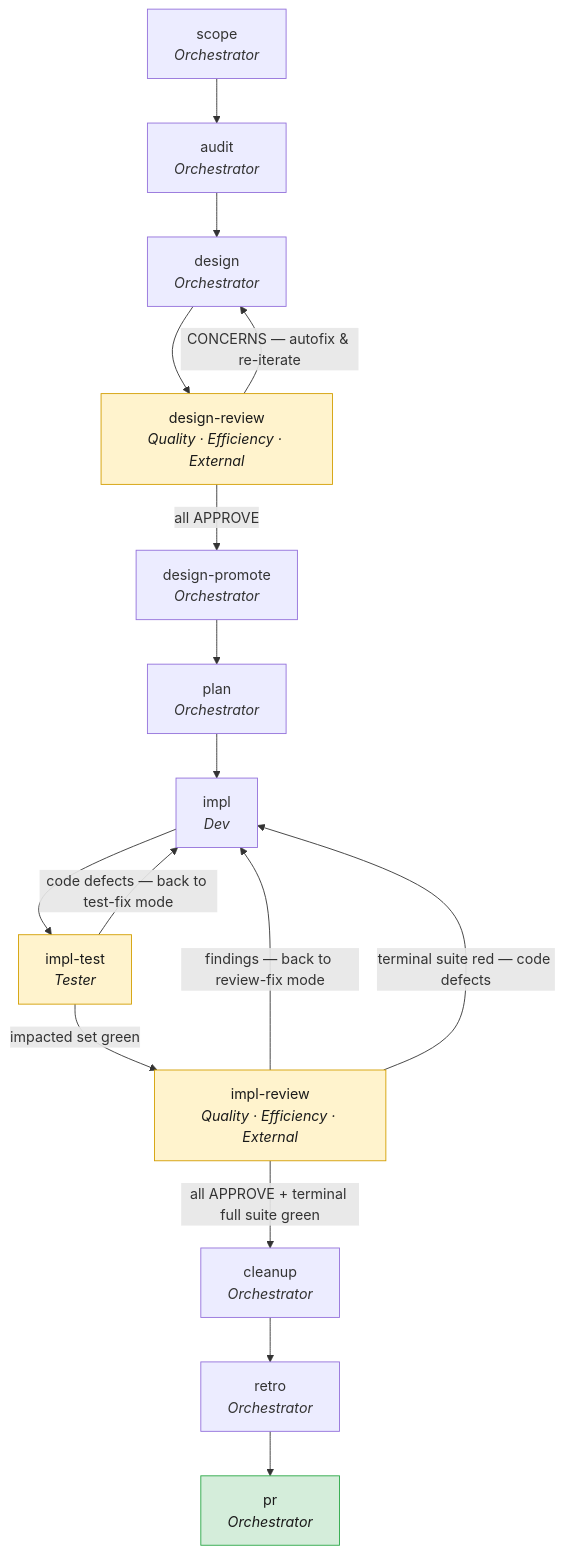
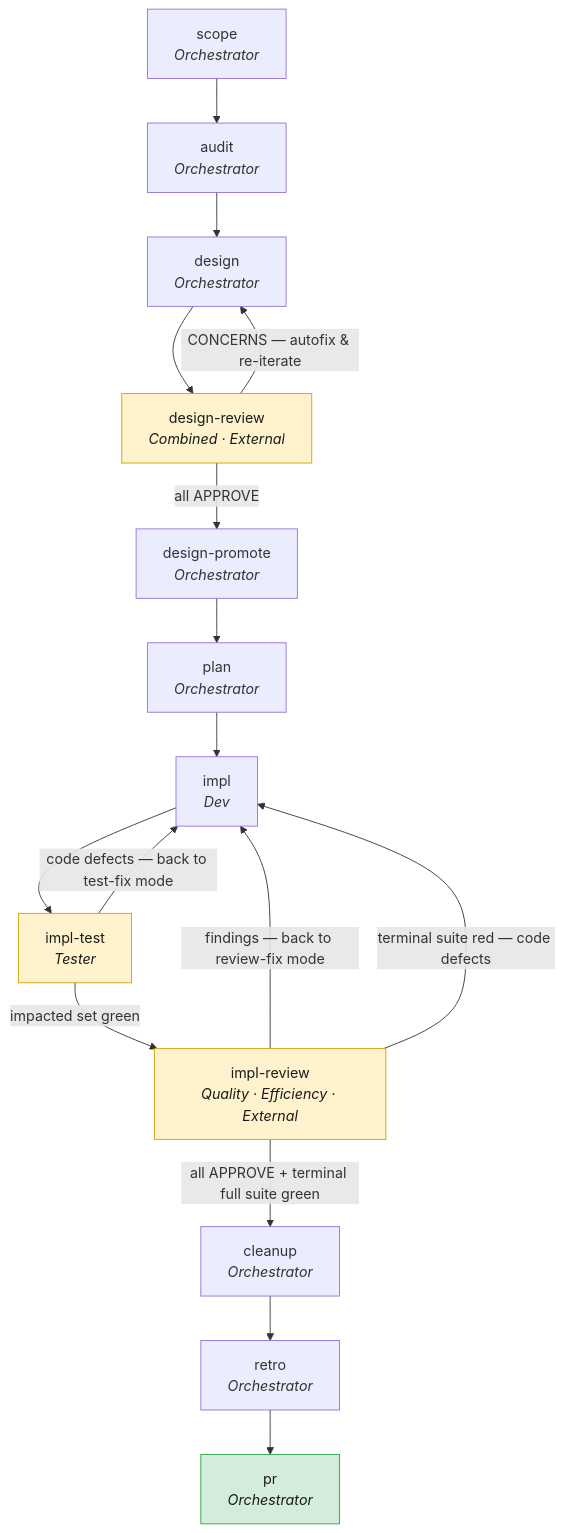
One commit to LordKuper/agentic-software-development changed the diagram in README.md. Above: the diagram before and after it, drawn with Mermaid. The commit also changed other lines of this file and 108 other files, not shown here.

First line of the commit message:
feat(review): combined reviewer in standard design-review (#79)

````diff
--- a/README.md
+++ b/README.md
@@ -158,23 +158,23 @@
 ```mermaid
 flowchart TD
     scope["scope<br/><i>Orchestrator</i>"] --> audit["audit<br/><i>Orchestrator</i>"]
     audit --> design["design<br/><i>Orchestrator</i>"]
-    design --> dreview["design-review<br/><i>Quality · Efficiency · External</i>"]
+    design --> dreview["design-review<br/><i>Combined · External</i>"]
     dreview -->|CONCERNS — autofix & re-iterate| design
     dreview -->|all APPROVE| dpromote["design-promote<br/><i>Orchestrator</i>"]
     dpromote --> plan["plan<br/><i>Orchestrator</i>"]
     plan --> impl["impl<br/><i>Dev</i>"]
     impl --> itest["impl-test<br/><i>Tester</i>"]
     itest -->|code defects — back to test-fix mode| impl
     itest -->|impacted set green| ireview["impl-review<br/><i>Quality · Efficiency · External</i>"]
     ireview -->|findings — back to review-fix mode| impl
     ireview -->|terminal suite red — code defects| impl
     ireview -->|all APPROVE + terminal full suite green| cleanup["cleanup<br/><i>Orchestrator</i>"]
     cleanup --> retro["retro<br/><i>Orchestrator</i>"]
     retro --> pr["pr<br/><i>Orchestrator</i>"]
 
     classDef review fill:#fff3cd,stroke:#d39e00,color:#1a1a1a;
     classDef done fill:#d4edda,stroke:#28a745,color:#1a1a1a;
     class dreview,ireview,itest review;
     class pr done;
 ```
````
